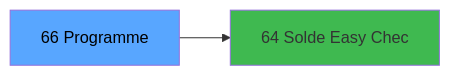
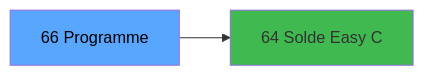
One commit to thonyAGP/magic-migration changed the third of 3 diagrams in .openspec/specs/ADH-IDE-66.md. Above: the diagram before and after it, drawn with Mermaid. The commit also changed other lines of this file and 323 other files, not shown here.

````diff
--- a/.openspec/specs/ADH-IDE-66.md
+++ b/.openspec/specs/ADH-IDE-66.md
@@ -114,8 +122,8 @@
 ```mermaid
 graph LR
     T[66 Programme]
-    C64[64 Solde Easy Chec]
+    C64[64 Solde Easy C]
     T --> C64
     style T fill:#58a6ff,color:#000
     style C64 fill:#3fb950
 ```
````
